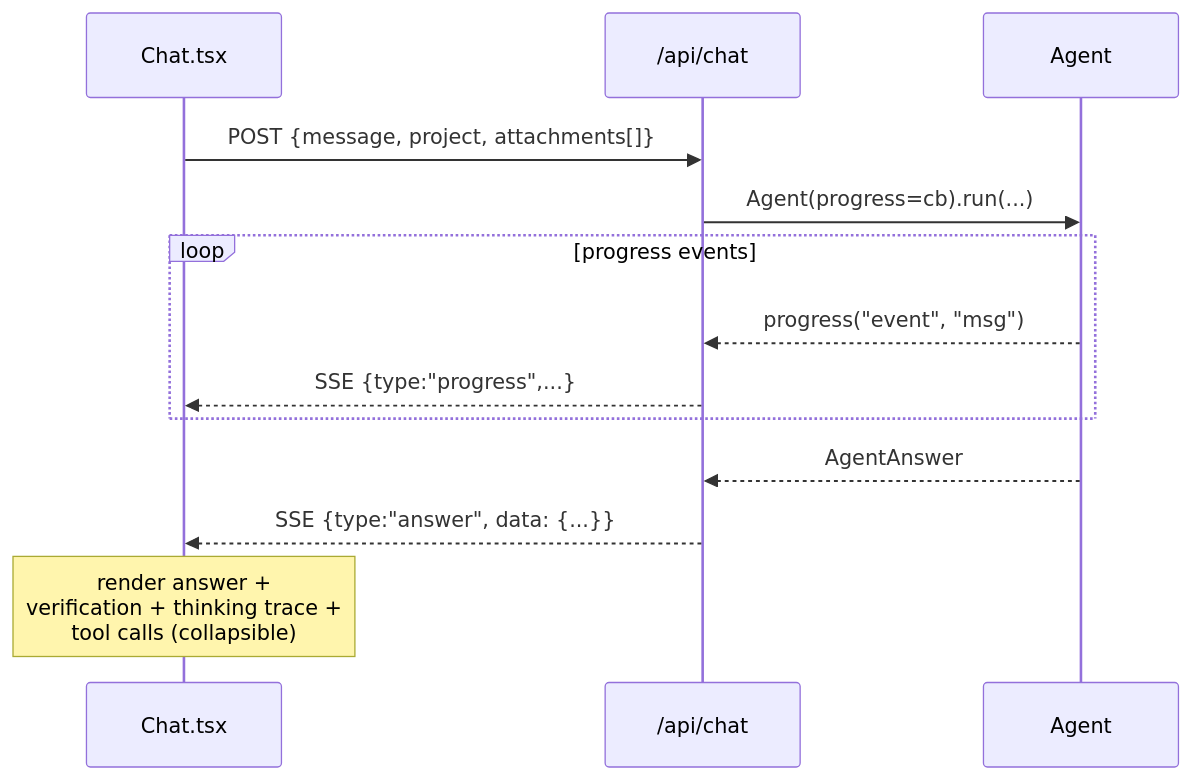
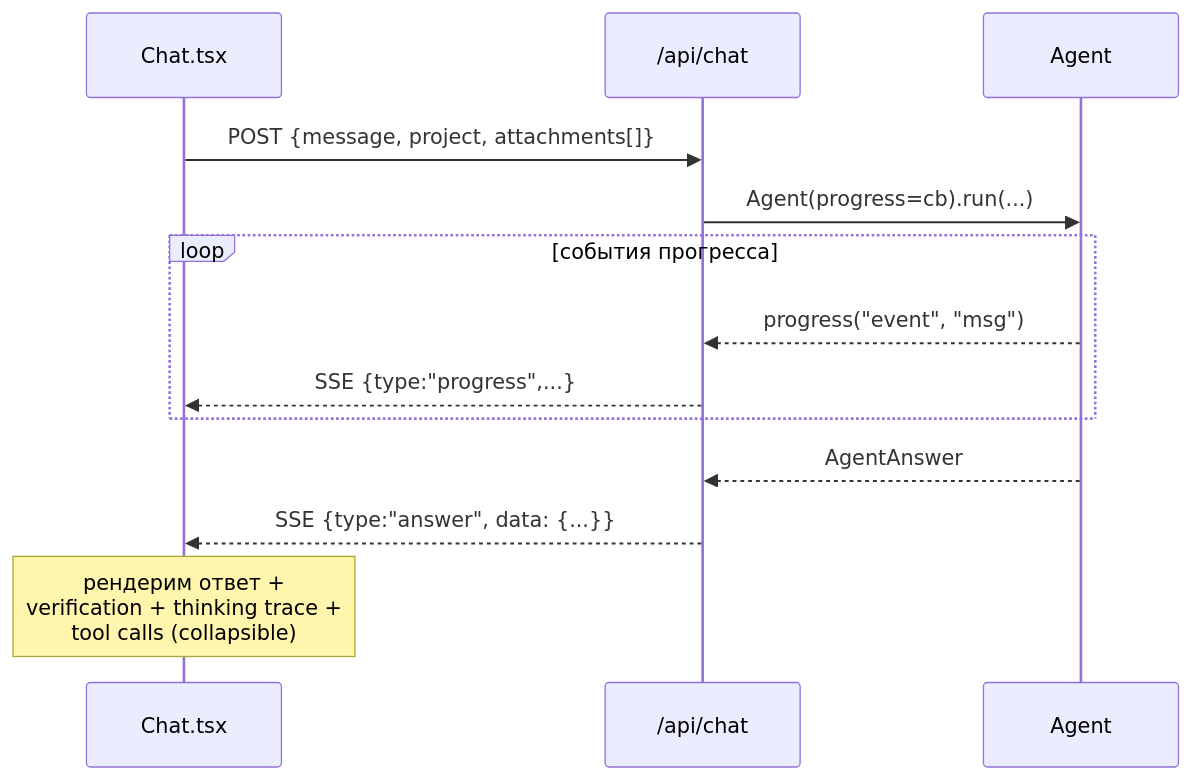
One commit to gjaloyan/hrant changed the tenth of 12 diagrams in docs/architecture.md. Above: the diagram before and after it, drawn with Mermaid. The commit also changed other lines of this file, not shown here.

First line of the commit message:
docs(architecture): translate to Russian

````diff
--- a/docs/architecture.md
+++ b/docs/architecture.md
@@ -454,16 +454,16 @@
 ```mermaid
 sequenceDiagram
     participant FE as Chat.tsx
     participant API as /api/chat
     participant AG as Agent
 
     FE->>API: POST {message, project, attachments[]}
     API->>AG: Agent(progress=cb).run(...)
-    loop progress events
+    loop события прогресса
         AG-->>API: progress("event", "msg")
         API-->>FE: SSE {type:"progress",...}
     end
     AG-->>API: AgentAnswer
     API-->>FE: SSE {type:"answer", data: {...}}
-    Note over FE: render answer +<br/>verification + thinking trace +<br/>tool calls (collapsible)
+    Note over FE: рендерим ответ +<br/>verification + thinking trace +<br/>tool calls (collapsible)
 ```
````
